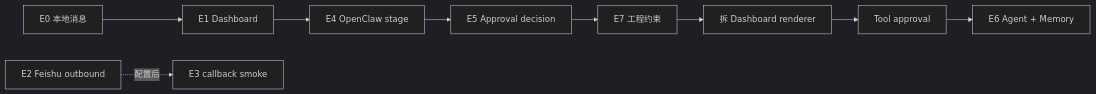
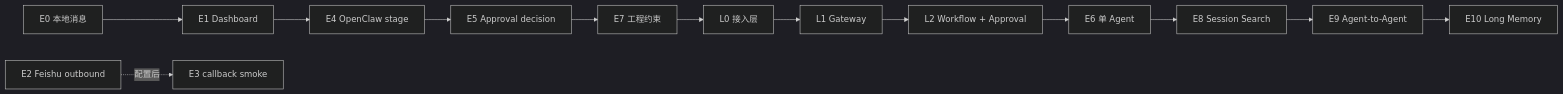
The first of 10 diagrams in docs/implementation-architecture.md (mayf3/myclaw), drawn with Mermaid (dark theme) before and after one commit. The commit also changed other lines of this file and 18 other files, not shown here.

Commit message:
docs: add layered human testing roadmap

````diff
--- a/docs/implementation-architecture.md
+++ b/docs/implementation-architecture.md
@@ -21,11 +21,15 @@
 ```mermaid
 flowchart LR
   E0[E0 本地消息] --> E1[E1 Dashboard]
   E1 --> E4[E4 OpenClaw stage]
   E4 --> E5[E5 Approval decision]
   E5 --> E7[E7 工程约束]
-  E7 --> Next1[拆 Dashboard renderer]
-  Next1 --> Next2[Tool approval]
-  Next2 --> E6[E6 Agent + Memory]
+  E7 --> L0[L0 接入层]
+  L0 --> L1[L1 Gateway]
+  L1 --> L2[L2 Workflow + Approval]
+  L2 --> E6[E6 单 Agent]
+  E6 --> E8[E8 Session Search]
+  E8 --> E9[E9 Agent-to-Agent]
+  E9 --> E10[E10 Long Memory]
   E2[E2 Feishu outbound] -.配置后.-> E3[E3 callback smoke]
 ```
````
